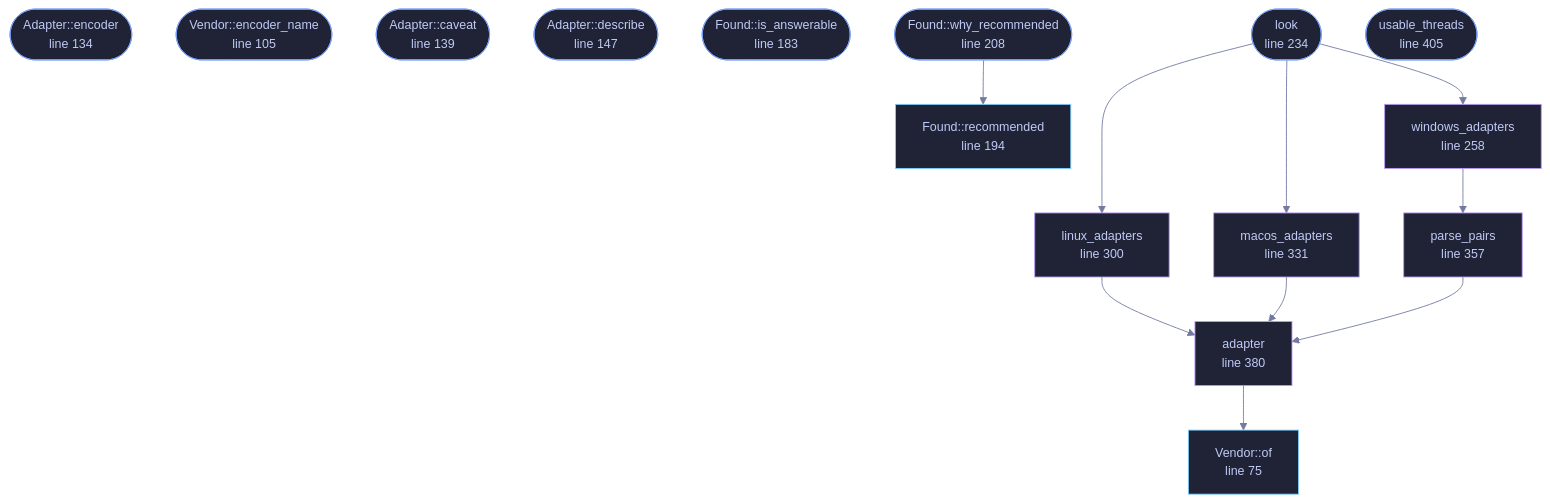
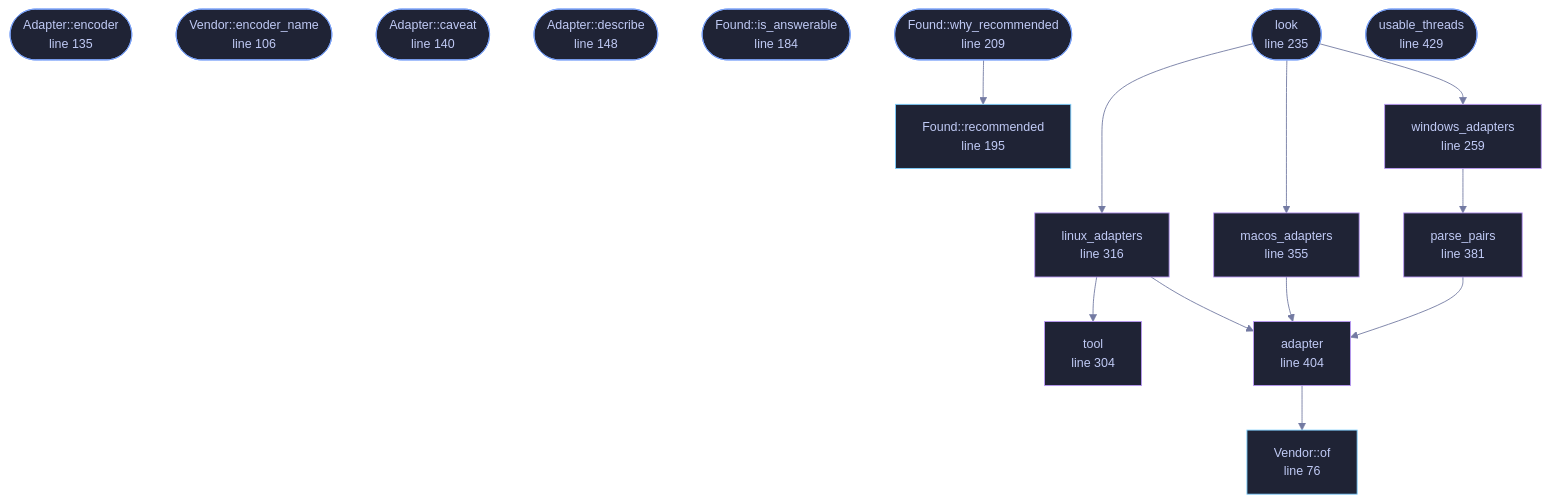
Before and after one commit to tilas01/veilvoice: the diagram in wiki/File-veilvoice-accel-lib.md, drawn with Mermaid. The commit also changed other lines of this file and 528 other files, not shown here.

````diff
--- a/wiki/File-veilvoice-accel-lib.md
+++ b/wiki/File-veilvoice-accel-lib.md
@@ -104,51 +104,54 @@
 ```mermaid
 %%{init: {"theme":"base","themeVariables":{"background":"#1a1b26","primaryColor":"#1f2335","primaryTextColor":"#c0caf5","primaryBorderColor":"#7aa2f7","secondaryColor":"#16161e","tertiaryColor":"#16161e","lineColor":"#737aa2","textColor":"#c0caf5","mainBkg":"#1f2335","nodeBorder":"#7aa2f7","clusterBkg":"#16161e","clusterBorder":"#2f3549","fontFamily":"ui-monospace, SFMono-Regular, Consolas, monospace","fontSize":"14px"}}}%%
 flowchart TD
-    n_of["Vendor::of<br/>line 75"]
-    n_encoder(["Vendor::encoder<br/>line 94"])
-    n_encoder_name(["Vendor::encoder_name<br/>line 105"])
-    n_encoder(["Adapter::encoder<br/>line 134"])
-    n_caveat(["Adapter::caveat<br/>line 139"])
-    n_describe(["Adapter::describe<br/>line 147"])
-    n_is_answerable(["Found::is_answerable<br/>line 183"])
-    n_recommended["Found::recommended<br/>line 194"]
-    n_why_recommended(["Found::why_recommended<br/>line 208"])
-    n_look(["look<br/>line 234"])
-    n_windows_adapters["windows_adapters<br/>line 258"]
-    n_linux_adapters["linux_adapters<br/>line 300"]
-    n_macos_adapters["macos_adapters<br/>line 331"]
-    n_parse_pairs["parse_pairs<br/>line 357"]
-    n_adapter["adapter<br/>line 380"]
-    n_usable_threads(["usable_threads<br/>line 405"])
+    n_of["Vendor::of<br/>line 76"]
+    n_encoder(["Vendor::encoder<br/>line 95"])
+    n_encoder_name(["Vendor::encoder_name<br/>line 106"])
+    n_encoder(["Adapter::encoder<br/>line 135"])
+    n_caveat(["Adapter::caveat<br/>line 140"])
+    n_describe(["Adapter::describe<br/>line 148"])
+    n_is_answerable(["Found::is_answerable<br/>line 184"])
+    n_recommended["Found::recommended<br/>line 195"]
+    n_why_recommended(["Found::why_recommended<br/>line 209"])
+    n_look(["look<br/>line 235"])
+    n_windows_adapters["windows_adapters<br/>line 259"]
+    n_tool["tool<br/>line 304"]
+    n_linux_adapters["linux_adapters<br/>line 316"]
+    n_macos_adapters["macos_adapters<br/>line 355"]
+    n_parse_pairs["parse_pairs<br/>line 381"]
+    n_adapter["adapter<br/>line 404"]
+    n_usable_threads(["usable_threads<br/>line 429"])
     n_adapter --> n_of
     n_linux_adapters --> n_adapter
+    n_linux_adapters --> n_tool
     n_look --> n_linux_adapters
     n_look --> n_macos_adapters
     n_look --> n_windows_adapters
     n_macos_adapters --> n_adapter
     n_parse_pairs --> n_adapter
     n_why_recommended --> n_recommended
     n_windows_adapters --> n_parse_pairs
-    click n_of href "https://github.com/tilas01/veilvoice/blob/main/crates/veilvoice-accel/src/lib.rs#L75" "open the source"
-    click n_encoder href "https://github.com/tilas01/veilvoice/blob/main/crates/veilvoice-accel/src/lib.rs#L94" "open the source"
-    click n_encoder_name href "https://github.com/tilas01/veilvoice/blob/main/crates/veilvoice-accel/src/lib.rs#L105" "open the source"
-    click n_encoder href "https://github.com/tilas01/veilvoice/blob/main/crates/veilvoice-accel/src/lib.rs#L134" "open the source"
-    click n_caveat href "https://github.com/tilas01/veilvoice/blob/main/crates/veilvoice-accel/src/lib.rs#L139" "open the source"
-    click n_describe href "https://github.com/tilas01/veilvoice/blob/main/crates/veilvoice-accel/src/lib.rs#L147" "open the source"
-    click n_is_answerable href "https://github.com/tilas01/veilvoice/blob/main/crates/veilvoice-accel/src/lib.rs#L183" "open the source"
-    click n_recommended href "https://github.com/tilas01/veilvoice/blob/main/crates/veilvoice-accel/src/lib.rs#L194" "open the source"
-    click n_why_recommended href "https://github.com/tilas01/veilvoice/blob/main/crates/veilvoice-accel/src/lib.rs#L208" "open the source"
-    click n_look href "https://github.com/tilas01/veilvoice/blob/main/crates/veilvoice-accel/src/lib.rs#L234" "open the source"
-    click n_windows_adapters href "https://github.com/tilas01/veilvoice/blob/main/crates/veilvoice-accel/src/lib.rs#L258" "open the source"
-    click n_linux_adapters href "https://github.com/tilas01/veilvoice/blob/main/crates/veilvoice-accel/src/lib.rs#L300" "open the source"
-    click n_macos_adapters href "https://github.com/tilas01/veilvoice/blob/main/crates/veilvoice-accel/src/lib.rs#L331" "open the source"
-    click n_parse_pairs href "https://github.com/tilas01/veilvoice/blob/main/crates/veilvoice-accel/src/lib.rs#L357" "open the source"
-    click n_adapter href "https://github.com/tilas01/veilvoice/blob/main/crates/veilvoice-accel/src/lib.rs#L380" "open the source"
-    click n_usable_threads href "https://github.com/tilas01/veilvoice/blob/main/crates/veilvoice-accel/src/lib.rs#L405" "open the source"
+    click n_of href "https://github.com/tilas01/veilvoice/blob/main/crates/veilvoice-accel/src/lib.rs#L76" "open the source"
+    click n_encoder href "https://github.com/tilas01/veilvoice/blob/main/crates/veilvoice-accel/src/lib.rs#L95" "open the source"
+    click n_encoder_name href "https://github.com/tilas01/veilvoice/blob/main/crates/veilvoice-accel/src/lib.rs#L106" "open the source"
+    click n_encoder href "https://github.com/tilas01/veilvoice/blob/main/crates/veilvoice-accel/src/lib.rs#L135" "open the source"
+    click n_caveat href "https://github.com/tilas01/veilvoice/blob/main/crates/veilvoice-accel/src/lib.rs#L140" "open the source"
+    click n_describe href "https://github.com/tilas01/veilvoice/blob/main/crates/veilvoice-accel/src/lib.rs#L148" "open the source"
+    click n_is_answerable href "https://github.com/tilas01/veilvoice/blob/main/crates/veilvoice-accel/src/lib.rs#L184" "open the source"
+    click n_recommended href "https://github.com/tilas01/veilvoice/blob/main/crates/veilvoice-accel/src/lib.rs#L195" "open the source"
+    click n_why_recommended href "https://github.com/tilas01/veilvoice/blob/main/crates/veilvoice-accel/src/lib.rs#L209" "open the source"
+    click n_look href "https://github.com/tilas01/veilvoice/blob/main/crates/veilvoice-accel/src/lib.rs#L235" "open the source"
+    click n_windows_adapters href "https://github.com/tilas01/veilvoice/blob/main/crates/veilvoice-accel/src/lib.rs#L259" "open the source"
+    click n_tool href "https://github.com/tilas01/veilvoice/blob/main/crates/veilvoice-accel/src/lib.rs#L304" "open the source"
+    click n_linux_adapters href "https://github.com/tilas01/veilvoice/blob/main/crates/veilvoice-accel/src/lib.rs#L316" "open the source"
+    click n_macos_adapters href "https://github.com/tilas01/veilvoice/blob/main/crates/veilvoice-accel/src/lib.rs#L355" "open the source"
+    click n_parse_pairs href "https://github.com/tilas01/veilvoice/blob/main/crates/veilvoice-accel/src/lib.rs#L381" "open the source"
+    click n_adapter href "https://github.com/tilas01/veilvoice/blob/main/crates/veilvoice-accel/src/lib.rs#L404" "open the source"
+    click n_usable_threads href "https://github.com/tilas01/veilvoice/blob/main/crates/veilvoice-accel/src/lib.rs#L429" "open the source"
     classDef entry fill:#1f2335,stroke:#7aa2f7,color:#c0caf5
     class n_encoder,n_encoder_name,n_encoder,n_caveat,n_describe,n_is_answerable,n_why_recommended,n_look,n_usable_threads entry
     classDef api fill:#1f2335,stroke:#7dcfff,color:#c0caf5
     class n_of,n_recommended api
     classDef helper fill:#1f2335,stroke:#bb9af7,color:#c0caf5
-    class n_windows_adapters,n_linux_adapters,n_macos_adapters,n_parse_pairs,n_adapter helper
+    class n_windows_adapters,n_tool,n_linux_adapters,n_macos_adapters,n_parse_pairs,n_adapter helper
 ```
````
